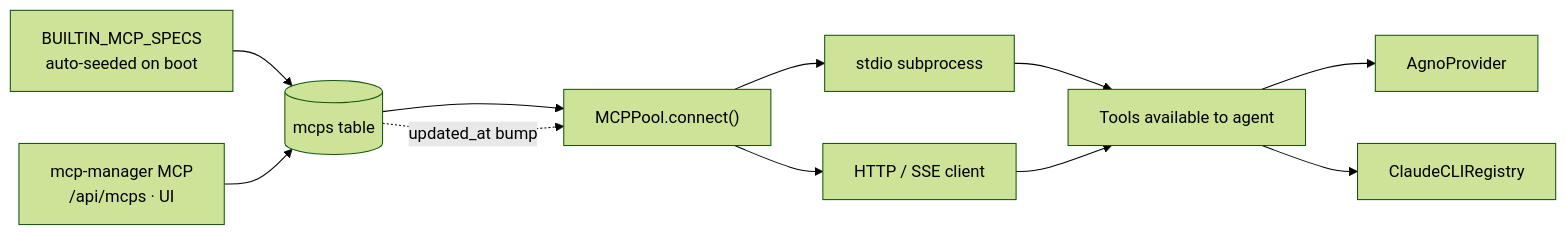
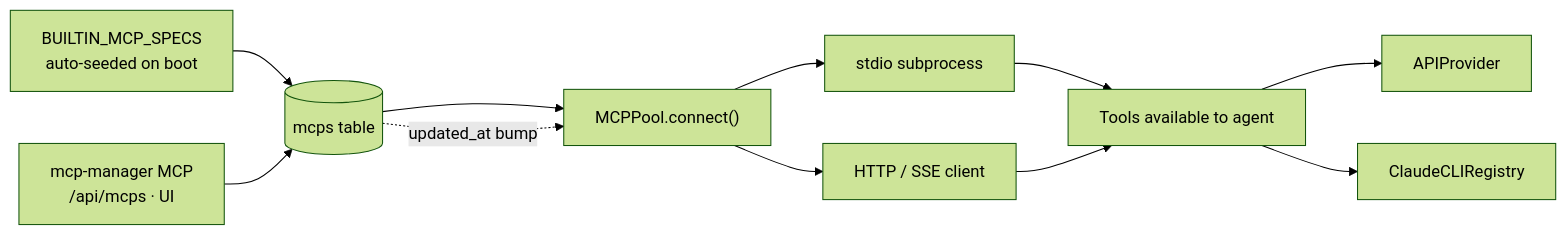
The fourth of 9 diagrams in guide/architecture.md (openagent-uno/openagent-docs), drawn with Mermaid (forest theme) before and after one commit. The commit also changed other lines of this file and 3 other files, not shown here.

````diff
--- a/guide/architecture.md
+++ b/guide/architecture.md
@@ -167,16 +169,16 @@
 ```mermaid
 flowchart LR
     Seed["BUILTIN_MCP_SPECS<br/>auto-seeded on boot"] --> DB[(mcps table)]
     Manager["mcp-manager MCP<br/>/api/mcps · UI"] --> DB
 
     DB --> Pool["MCPPool.connect()"]
     Pool --> Stdio["stdio subprocess"]
     Pool --> Http["HTTP / SSE client"]
 
     Stdio --> Tools["Tools available to agent"]
     Http --> Tools
-    Tools --> Agno[AgnoProvider]
+    Tools --> API[APIProvider]
     Tools --> CCLI[ClaudeCLIRegistry]
 
     DB -. updated_at bump .-> Pool
 ```
````
